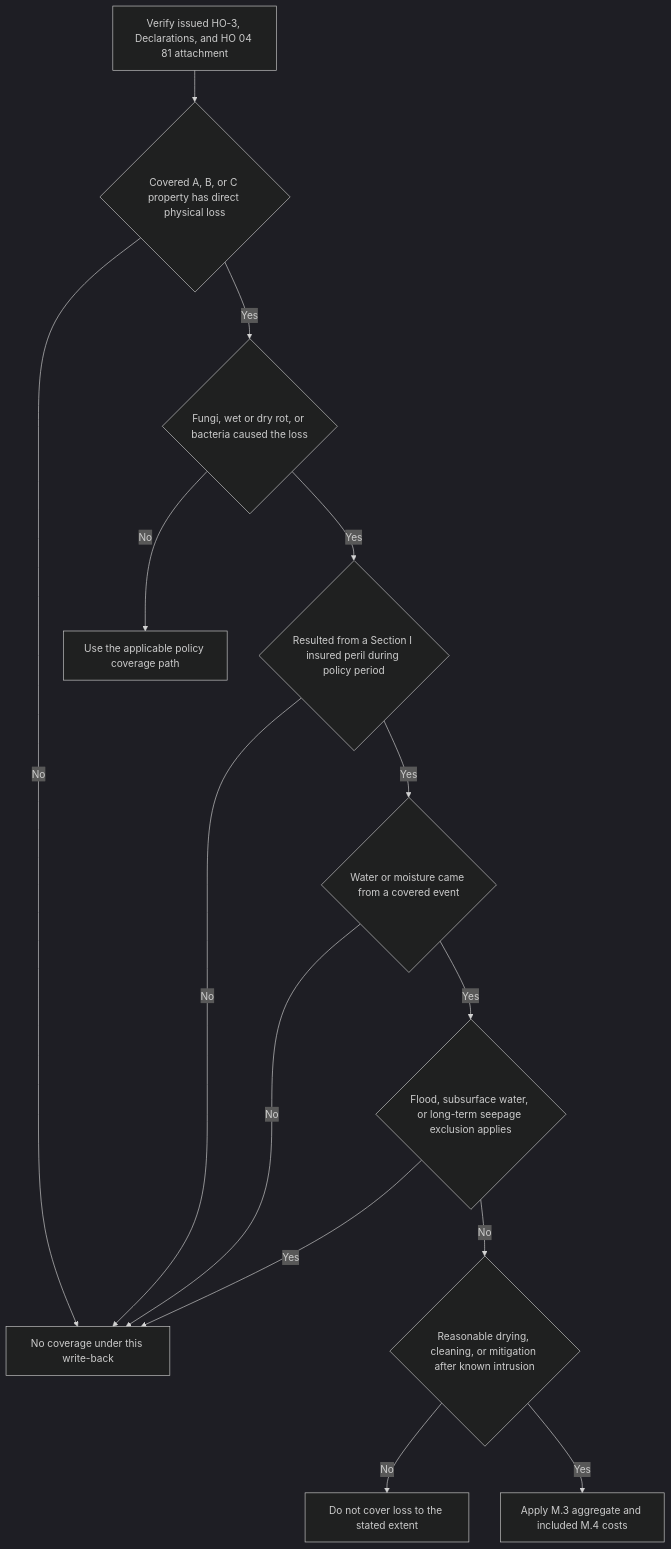
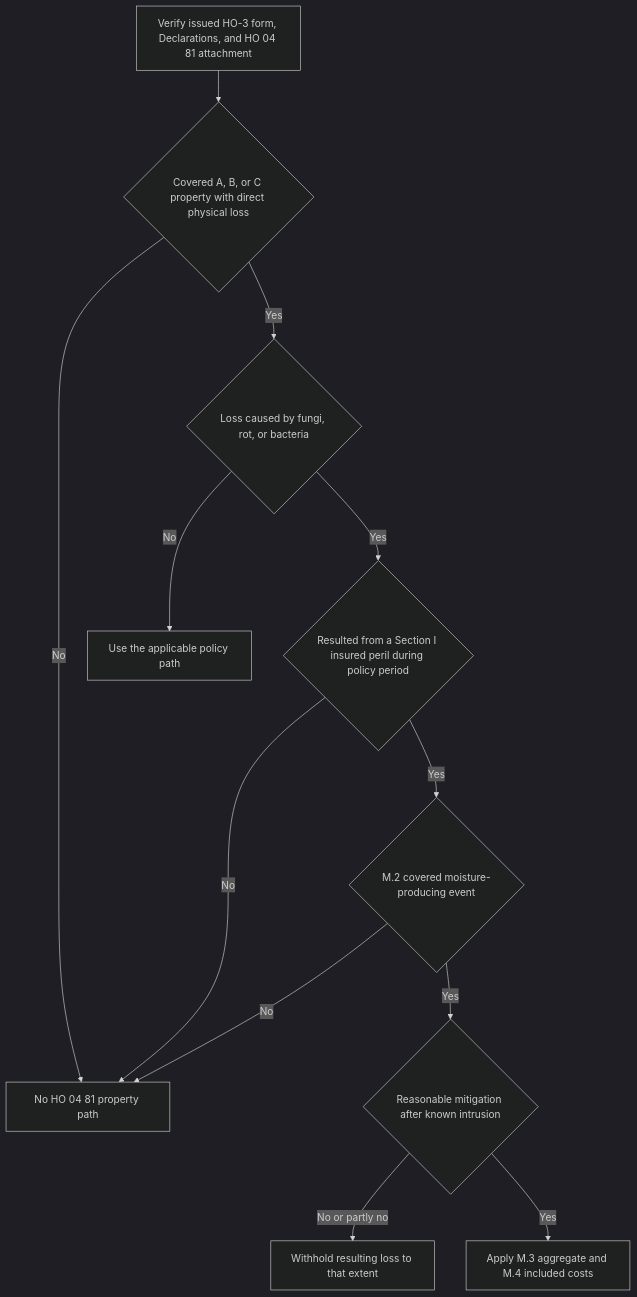
The diagram in openwiki/coverage/property/fungi-rot-and-bacteria.md (eugeneliu-86/openwiki-insurance-corpus), drawn with Mermaid (dark theme) before and after one commit. The commit also changed other lines of this file and 47 other files, not shown here.

````diff
--- a/openwiki/coverage/property/fungi-rot-and-bacteria.md
+++ b/openwiki/coverage/property/fungi-rot-and-bacteria.md
@@ -42,16 +39,14 @@
 ```mermaid
 flowchart TD
-    Record["Verify issued HO-3, Declarations, and HO 04 81 attachment"] --> Property{"Covered A, B, or C property has direct physical loss"}
-    Property -- No --> NoGrant["No coverage under this write-back"]
-    Property -- Yes --> Condition{"Fungi, wet or dry rot, or bacteria caused the loss"}
-    Condition -- No --> OtherPath["Use the applicable policy coverage path"]
-    Condition -- Yes --> Peril{"Resulted from a Section I insured peril during policy period"}
-    Peril -- No --> NoGrant
-    Peril -- Yes --> Source{"Water or moisture came from a covered event"}
-    Source -- No --> NoGrant
-    Source -- Yes --> Barriers{"Flood, subsurface water, or long-term seepage exclusion applies"}
-    Barriers -- Yes --> NoGrant
-    Barriers -- No --> Mitigation{"Reasonable drying, cleaning, or mitigation after known intrusion"}
-    Mitigation -- No --> Reduced["Do not cover loss to the stated extent"]
-    Mitigation -- Yes --> Limit["Apply M.3 aggregate and included M.4 costs"]
+    Record["Verify issued HO-3 form, Declarations, and HO 04 81 attachment"] --> Property{"Covered A, B, or C property with direct physical loss"}
+    Property -- "No" --> NoPath["No HO 04 81 property path"]
+    Property -- "Yes" --> Condition{"Loss caused by fungi, rot, or bacteria"}
+    Condition -- "No" --> OtherPath["Use the applicable policy path"]
+    Condition -- "Yes" --> Peril{"Resulted from a Section I insured peril during policy period"}
+    Peril -- "No" --> NoPath
+    Peril -- "Yes" --> Moisture{"M.2 covered moisture-producing event"}
+    Moisture -- "No" --> NoPath
+    Moisture -- "Yes" --> Mitigate{"Reasonable mitigation after known intrusion"}
+    Mitigate -- "No or partly no" --> Allocate["Withhold resulting loss to that extent"]
+    Mitigate -- "Yes" --> Aggregate["Apply M.3 aggregate and M.4 included costs"]
 ```
````
